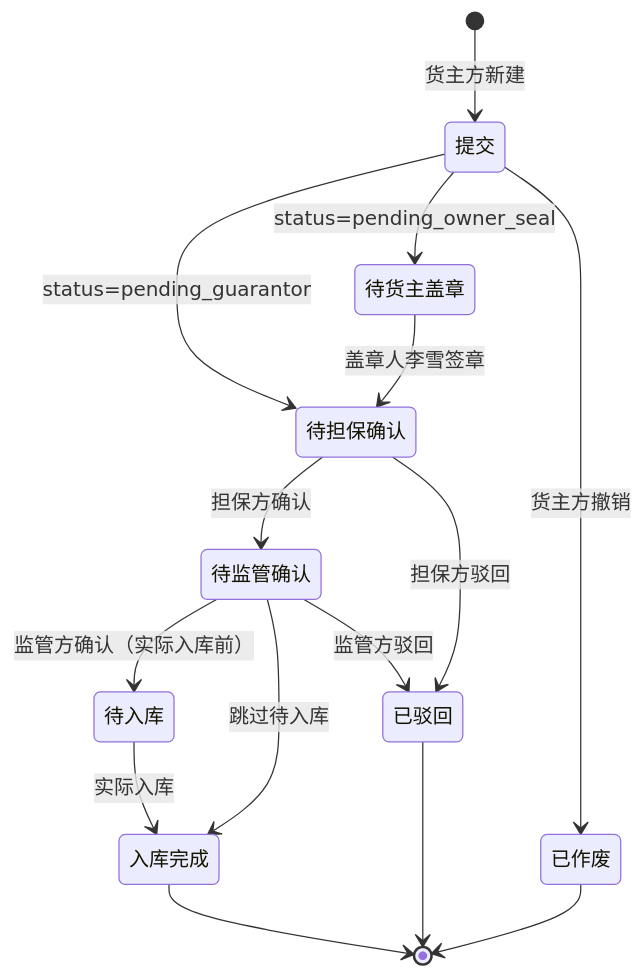
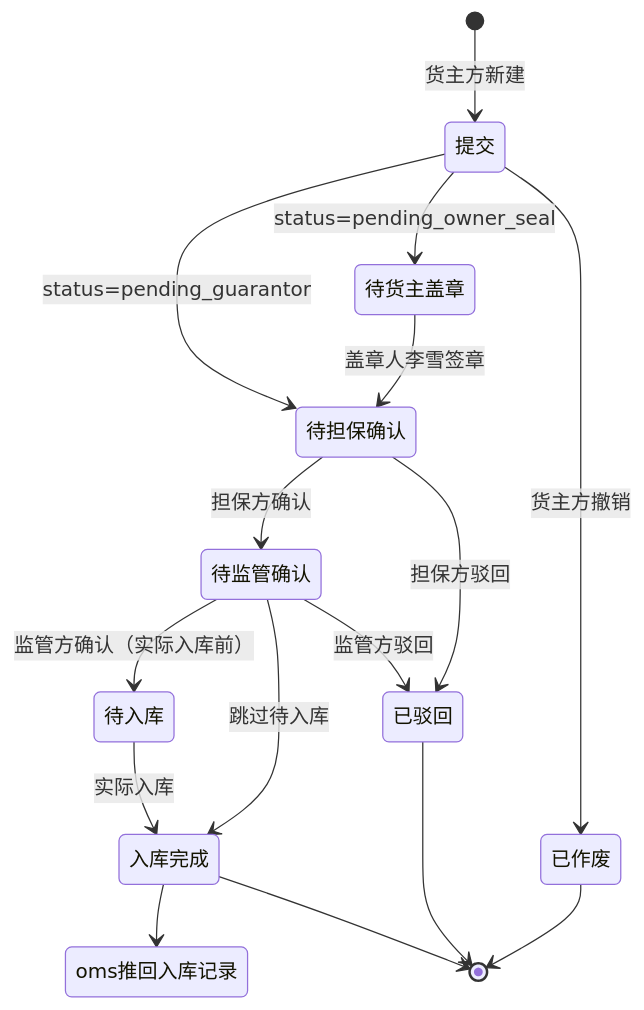
One commit to Ummyue/dhzl-supply-chain changed the diagram in docs/入库申请-设计文档.md. Above: the diagram before and after it, drawn with Mermaid. The commit also changed other lines of this file and 4 other files, not shown here.

````diff
--- a/docs/入库申请-设计文档.md
+++ b/docs/入库申请-设计文档.md
@@ -14,17 +14,18 @@
 ```mermaid
 stateDiagram-v2
     [*] --> 提交 : 货主方新建
     提交 --> 待货主盖章 : status=pending_owner_seal
     提交 --> 待担保确认 : status=pending_guarantor
     待货主盖章 --> 待担保确认 : 盖章人李雪签章
     待担保确认 --> 待监管确认 : 担保方确认
     待监管确认 --> 待入库 : 监管方确认（实际入库前）
     待入库 --> 入库完成 : 实际入库
     待监管确认 --> 入库完成 : 跳过待入库
+    入库完成 --> oms推回入库记录
     待监管确认 --> 已驳回 : 监管方驳回
     待担保确认 --> 已驳回 : 担保方驳回
     提交 --> 已作废 : 货主方撤销
     入库完成 --> [*]
     已驳回 --> [*]
     已作废 --> [*]
 ```
````
